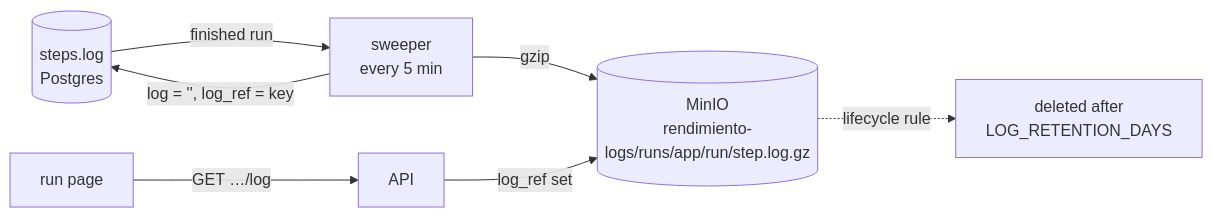
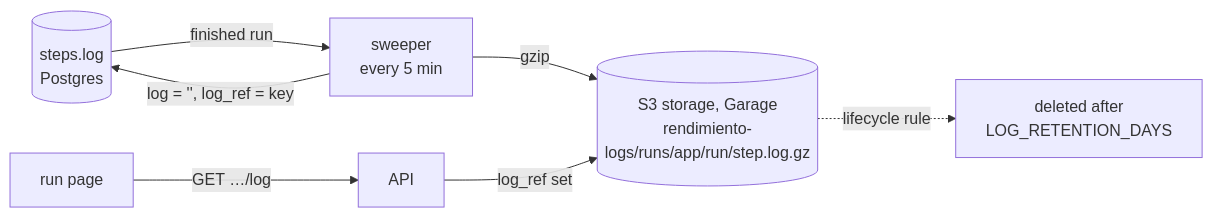
One commit to p0dxD/rendimiento.ai changed the third of 3 diagrams in docs/content/architecture/data.md. Above: the diagram before and after it, drawn with Mermaid. The commit also changed other lines of this file and 5 other files, not shown here.

First line of the commit message:
Log archive on Garage: config example and book

````diff
--- a/docs/content/architecture/data.md
+++ b/docs/content/architecture/data.md
@@ -169,9 +169,9 @@
 ```mermaid
 flowchart LR
     pg[(steps.log<br/>Postgres)] -- finished run --> sweep[sweeper<br/>every 5 min]
-    sweep -- gzip --> minio[(MinIO<br/>rendimiento-logs/runs/app/run/step.log.gz)]
+    sweep -- gzip --> minio[(S3 storage, Garage<br/>rendimiento-logs/runs/app/run/step.log.gz)]
     sweep -- "log = '', log_ref = key" --> pg
     ui[run page] -- GET …/log --> api[API]
     api -- log_ref set --> minio
     minio -. lifecycle rule .-> gone[deleted after<br/>LOG_RETENTION_DAYS]
 ```
````
